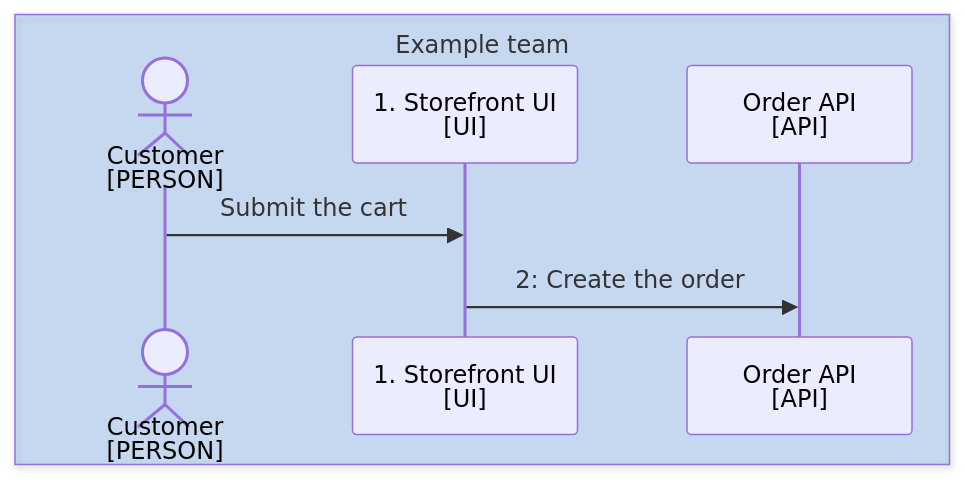
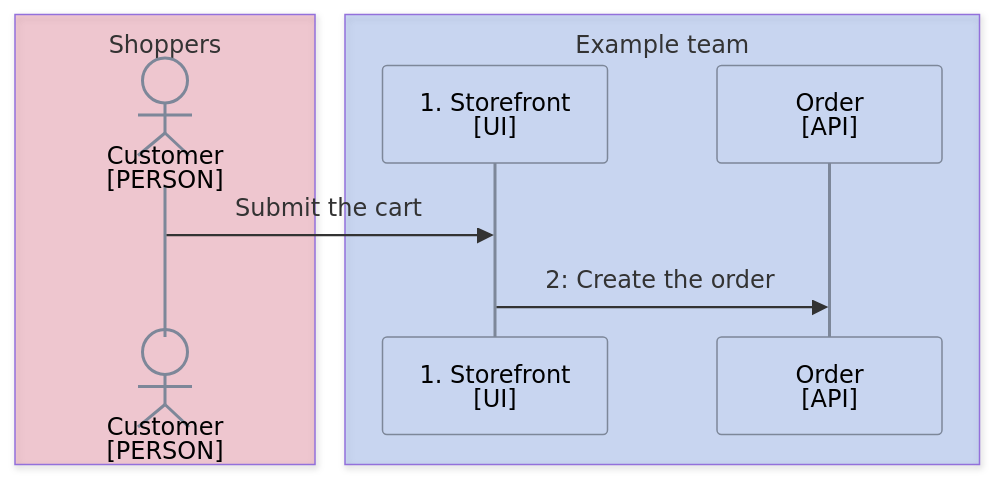
Before and after one commit to choonchernlim/skills: the diagram in skills/docsmith/scripts/fixtures/bad/mmd-sequence.md, drawn with Mermaid. The commit also changed other lines of this file and 127 other files, not shown here.

````diff
--- a/skills/docsmith/scripts/fixtures/bad/mmd-sequence.md
+++ b/skills/docsmith/scripts/fixtures/bad/mmd-sequence.md
@@ -14,11 +14,14 @@
 ```mermaid
 sequenceDiagram
-  box rgba(26,115,232,0.2) Example team
+  %%{init: {"themeVariables": {"actorBkg": "transparent", "actorBorder": "#7d8799", "actorLineColor": "#7d8799", "labelBoxBorderColor": "#7d8799"}}}%%
+  box rgba(225,29,72,0.2) Shoppers
     actor Customer as Customer<br/>[PERSON]
-    participant Browser as 1. Storefront UI<br/>[UI]
-    participant Route as Order API<br/>[API]
+  end
+  box rgba(37,99,235,0.2) Example team
+    participant Browser as 1. Storefront<br/>[UI]
+    participant Route as Order<br/>[API]
   end
 
   Customer->>Browser: Submit the cart
   Browser->>Route: 2: Create the order
 ```
````
